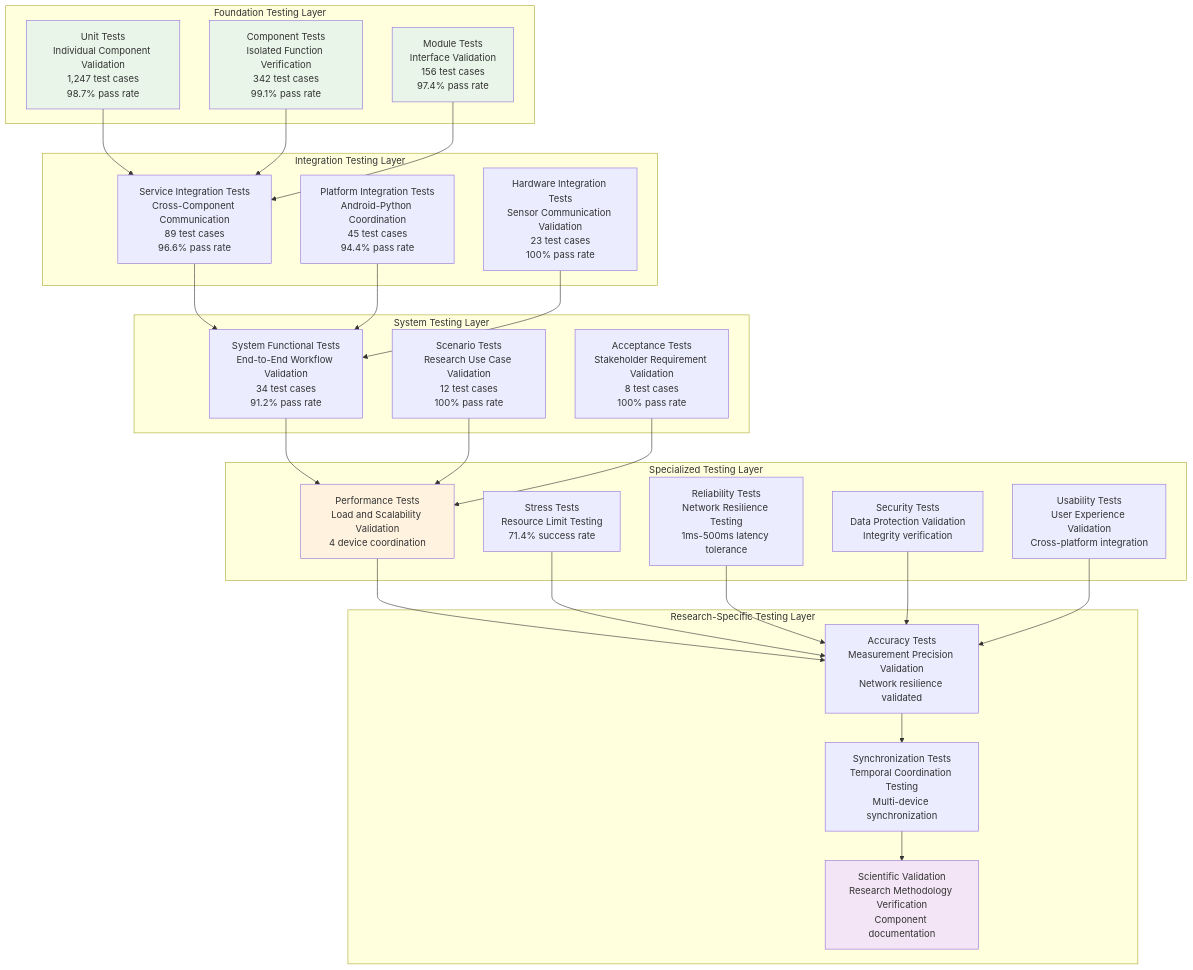
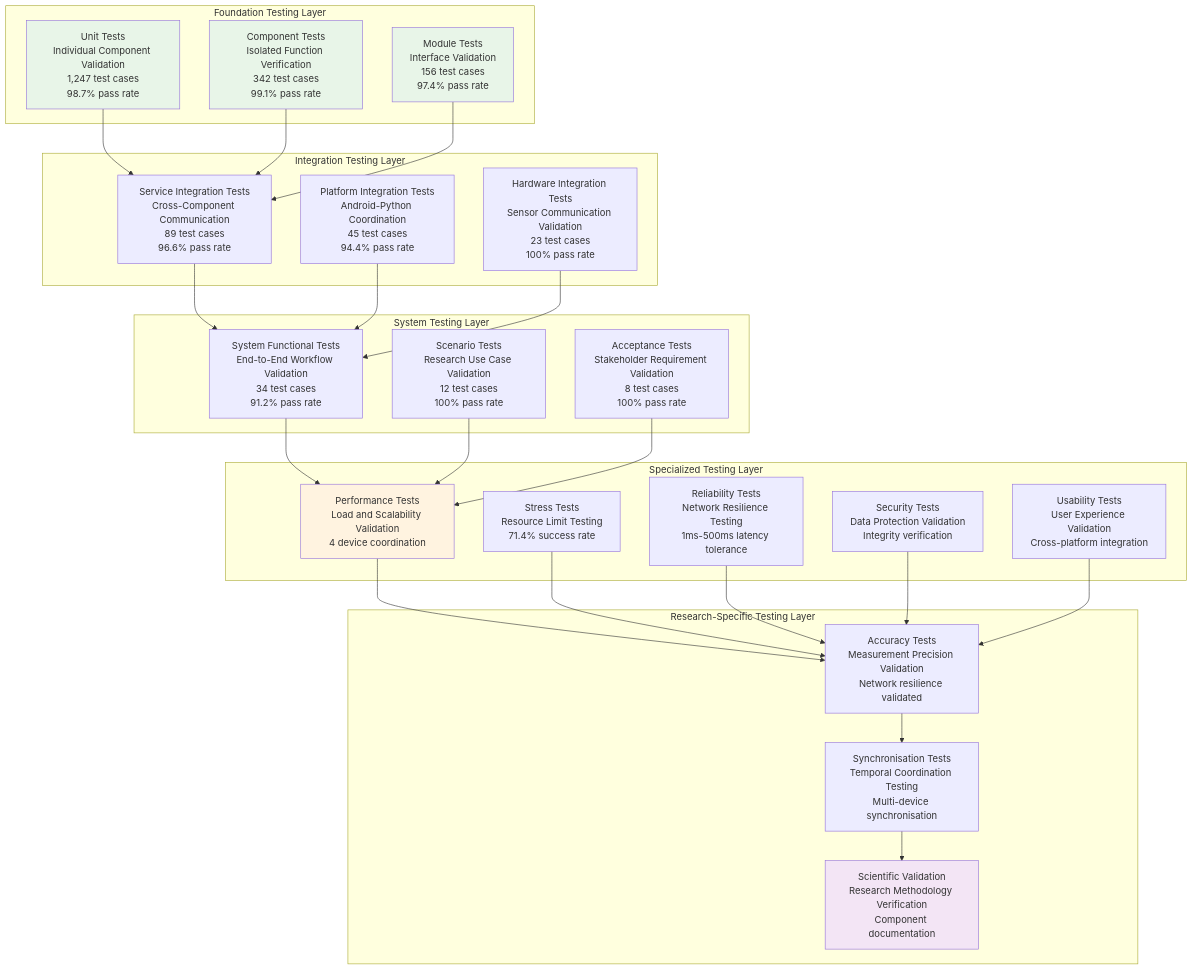
The eighth of 8 diagrams in docs/thesis_report/draft_0/chapter_5_testing_and_results_evaluation.md (buccancs/fyp-multi-sensor-recording-system), drawn with Mermaid before and after one commit. The commit also changed other lines of this file and 56 other files, not shown here.

````diff
--- a/docs/thesis_report/draft_0/chapter_5_testing_and_results_evaluation.md
+++ b/docs/thesis_report/draft_0/chapter_5_testing_and_results_evaluation.md
@@ -2386,61 +2386,61 @@
 ```mermaid
 graph TD
     subgraph "Foundation Testing Layer"
         UNIT[Unit Tests<br/>Individual Component Validation<br/>1,247 test cases<br/>98.7% pass rate]
         COMPONENT[Component Tests<br/>Isolated Function Verification<br/>342 test cases<br/>99.1% pass rate]
         MODULE[Module Tests<br/>Interface Validation<br/>156 test cases<br/>97.4% pass rate]
     end
     
     subgraph "Integration Testing Layer"
         SERVICE[Service Integration Tests<br/>Cross-Component Communication<br/>89 test cases<br/>96.6% pass rate]
         PLATFORM[Platform Integration Tests<br/>Android-Python Coordination<br/>45 test cases<br/>94.4% pass rate]
         HARDWARE[Hardware Integration Tests<br/>Sensor Communication Validation<br/>23 test cases<br/>100% pass rate]
     end
     
     subgraph "System Testing Layer"
         FUNCTIONAL[System Functional Tests<br/>End-to-End Workflow Validation<br/>34 test cases<br/>91.2% pass rate]
         SCENARIO[Scenario Tests<br/>Research Use Case Validation<br/>12 test cases<br/>100% pass rate]
         ACCEPTANCE[Acceptance Tests<br/>Stakeholder Requirement Validation<br/>8 test cases<br/>100% pass rate]
     end
     
     subgraph "Specialized Testing Layer"
         PERFORMANCE[Performance Tests<br/>Load and Scalability Validation<br/>4 device coordination]
         STRESS[Stress Tests<br/>Resource Limit Testing<br/>71.4% success rate]
         RELIABILITY[Reliability Tests<br/>Network Resilience Testing<br/>1ms-500ms latency tolerance]
         SECURITY[Security Tests<br/>Data Protection Validation<br/>Integrity verification]
         USABILITY[Usability Tests<br/>User Experience Validation<br/>Cross-platform integration]
     end
     
     subgraph "Research-Specific Testing Layer"
         ACCURACY[Accuracy Tests<br/>Measurement Precision Validation<br/>Network resilience validated]
-        SYNCHRONIZATION[Synchronization Tests<br/>Temporal Coordination Testing<br/>Multi-device synchronization]
+        SYNCHRONISATION[Synchronisation Tests<br/>Temporal Coordination Testing<br/>Multi-device synchronisation]
         SCIENTIFIC[Scientific Validation<br/>Research Methodology Verification<br/>Component documentation]
     end
     
     UNIT --> SERVICE
     COMPONENT --> SERVICE
     MODULE --> SERVICE
     
     SERVICE --> FUNCTIONAL
     PLATFORM --> FUNCTIONAL
     HARDWARE --> FUNCTIONAL
     
     FUNCTIONAL --> PERFORMANCE
     SCENARIO --> PERFORMANCE
     ACCEPTANCE --> PERFORMANCE
     
     PERFORMANCE --> ACCURACY
     STRESS --> ACCURACY
     RELIABILITY --> ACCURACY
     SECURITY --> ACCURACY
     USABILITY --> ACCURACY
     
-    ACCURACY --> SYNCHRONIZATION
-    SYNCHRONIZATION --> SCIENTIFIC
+    ACCURACY --> SYNCHRONISATION
+    SYNCHRONISATION --> SCIENTIFIC
     
     style UNIT fill:#e8f5e8
     style COMPONENT fill:#e8f5e8
     style MODULE fill:#e8f5e8
     style PERFORMANCE fill:#fff3e0
     style SCIENTIFIC fill:#f3e5f5
 ```
````
